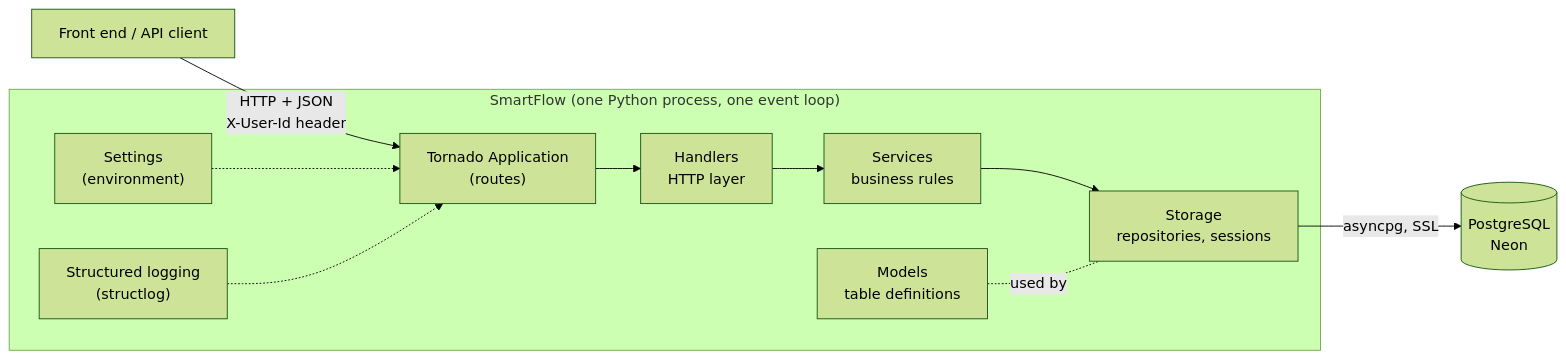
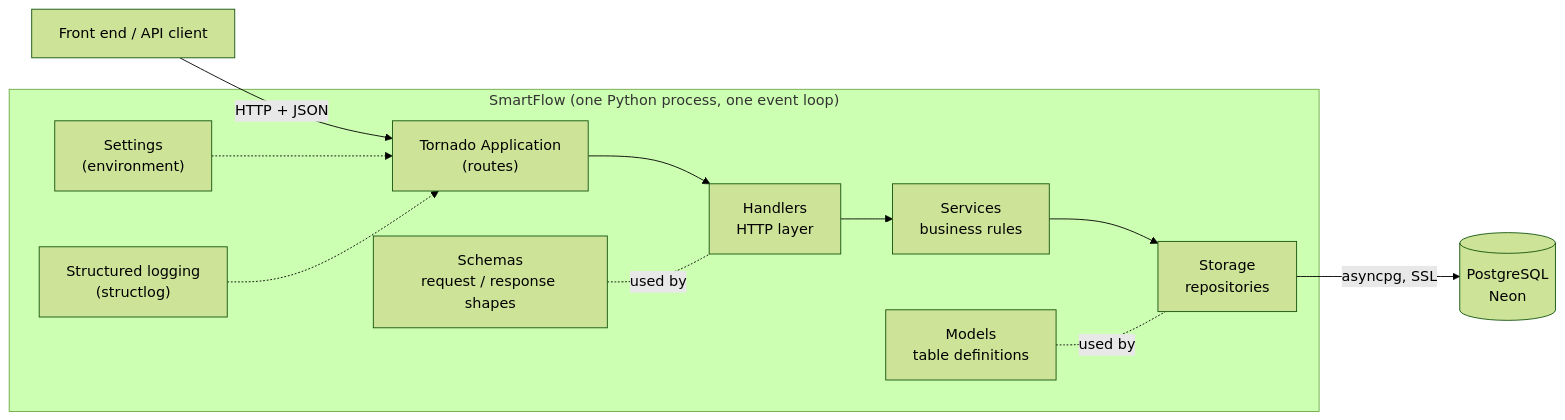
Before and after one commit to dbReis/SmartFlow: the first of 3 diagrams in ARCHITECTURE.md, drawn with Mermaid (forest theme). The commit also changed other lines of this file, not shown here.

Commit message:
Refactor architecture documentation to clarify user feedback and notation rules

````diff
--- a/ARCHITECTURE.md
+++ b/ARCHITECTURE.md
@@ -42,15 +45,16 @@
 ```mermaid
 flowchart LR
-    client["Front end / API client"] -->|HTTP + JSON<br/>X-User-Id header| tornado
+    client["Front end / API client"] -->|HTTP + JSON| tornado
 
     subgraph app["SmartFlow (one Python process, one event loop)"]
         tornado["Tornado Application<br/>(routes)"] --> handlers["Handlers<br/>HTTP layer"]
         handlers --> services["Services<br/>business rules"]
-        services --> storage["Storage<br/>repositories, sessions"]
+        services --> storage["Storage<br/>repositories"]
+        schemas["Schemas<br/>request / response shapes"] -.used by.- handlers
         models["Models<br/>table definitions"] -.used by.- storage
         config["Settings<br/>(environment)"] -.-> tornado
         logging["Structured logging<br/>(structlog)"] -.-> tornado
     end
 
     storage -->|asyncpg, SSL| db[("PostgreSQL<br/>Neon")]
 ```
````
